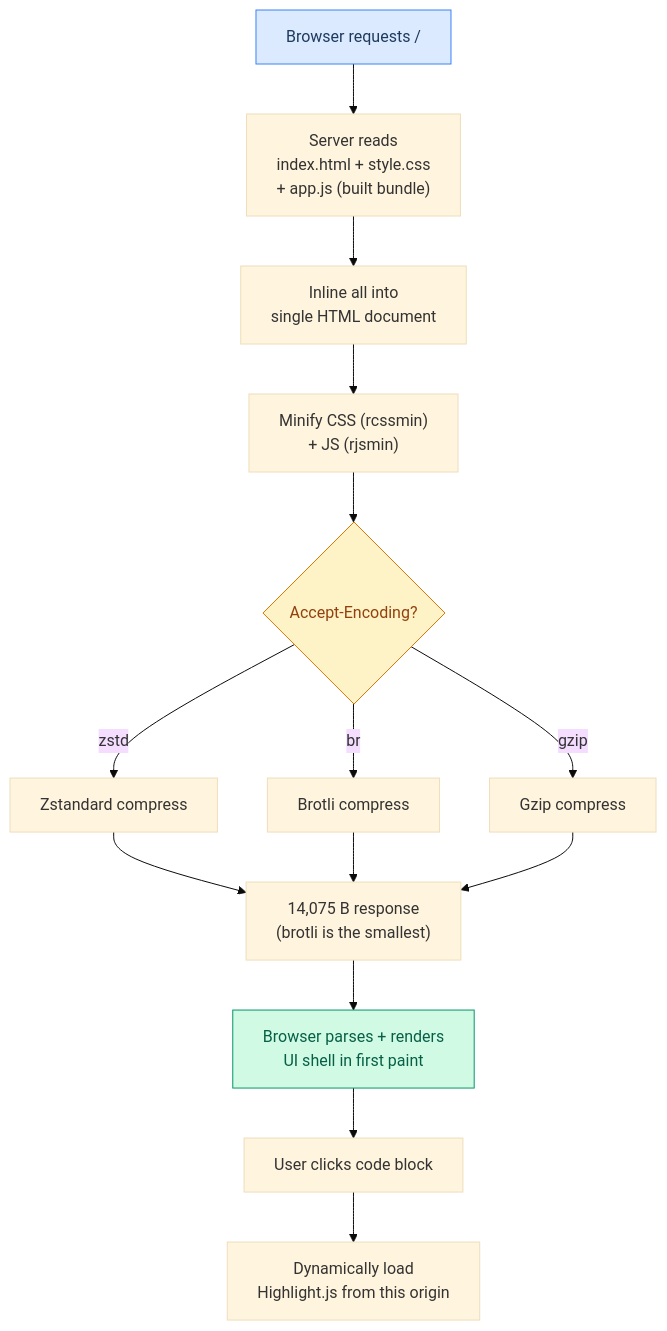
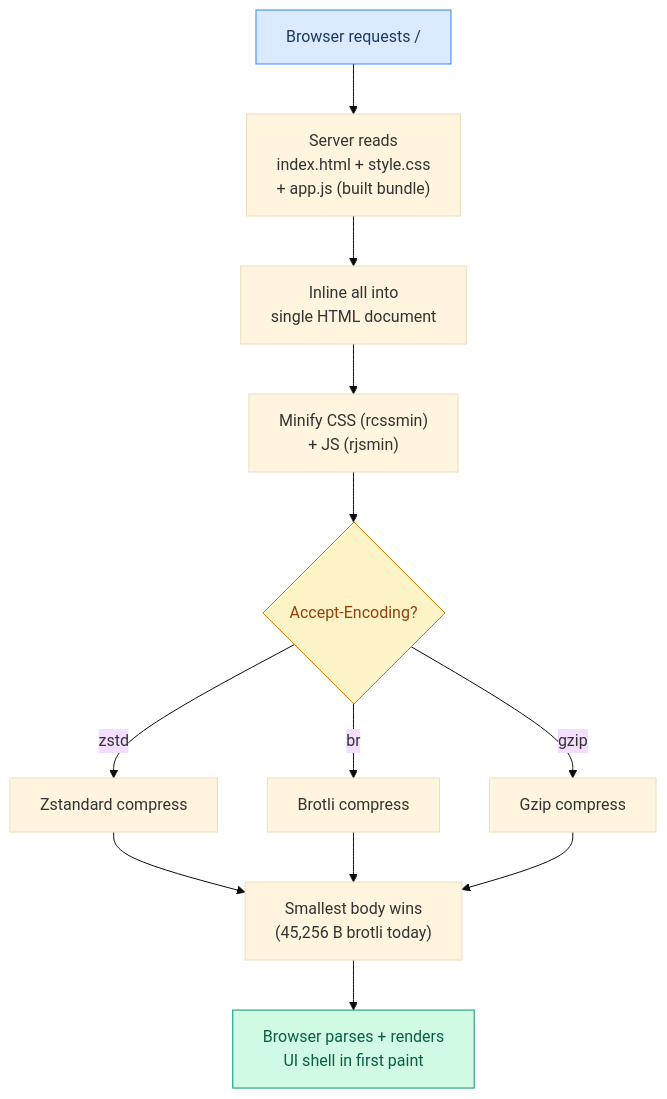
Diagram 16 of 18 in docs/USER_STORIES.md (maci0/recoverage), drawn with Mermaid (base theme) before and after one commit. The commit also changed other lines of this file and 6 other files, not shown here.

````diff
--- a/docs/USER_STORIES.md
+++ b/docs/USER_STORIES.md
@@ -513,21 +512,18 @@
 ```mermaid
 graph TD
     A["Browser requests /"] --> B["Server reads<br/>index.html + style.css<br/>+ app.js (built bundle)"]
     B --> C["Inline all into<br/>single HTML document"]
     C --> D["Minify CSS (rcssmin)<br/>+ JS (rjsmin)"]
     D --> E{"Accept-Encoding?"}
     E -->|zstd| F["Zstandard compress"]
     E -->|br| G["Brotli compress"]
     E -->|gzip| H["Gzip compress"]
-    F --> I["14,075 B response<br/>(brotli is the smallest)"]
+    F --> I["Smallest body wins<br/>(45,256 B brotli today)"]
     G --> I
     H --> I
     I --> J["Browser parses + renders<br/>UI shell in first paint"]
-
-    J --> K["User clicks code block"]
-    K --> L["Dynamically load<br/>Highlight.js from this origin"]
 
     style A fill:#dbeafe,stroke:#3b82f6,color:#1e3a5f
     style J fill:#d1fae5,stroke:#059669,color:#065f46
     style E fill:#fef3c7,stroke:#d97706,color:#92400e
 ```
````
